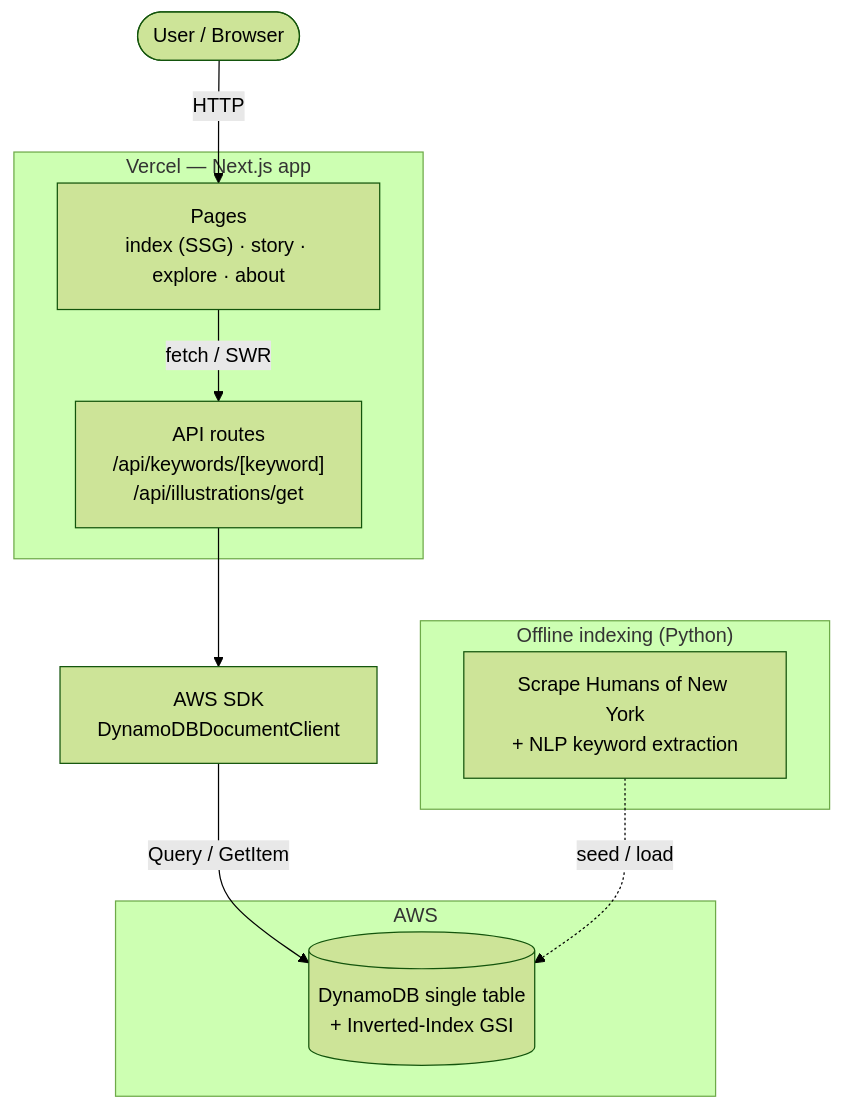
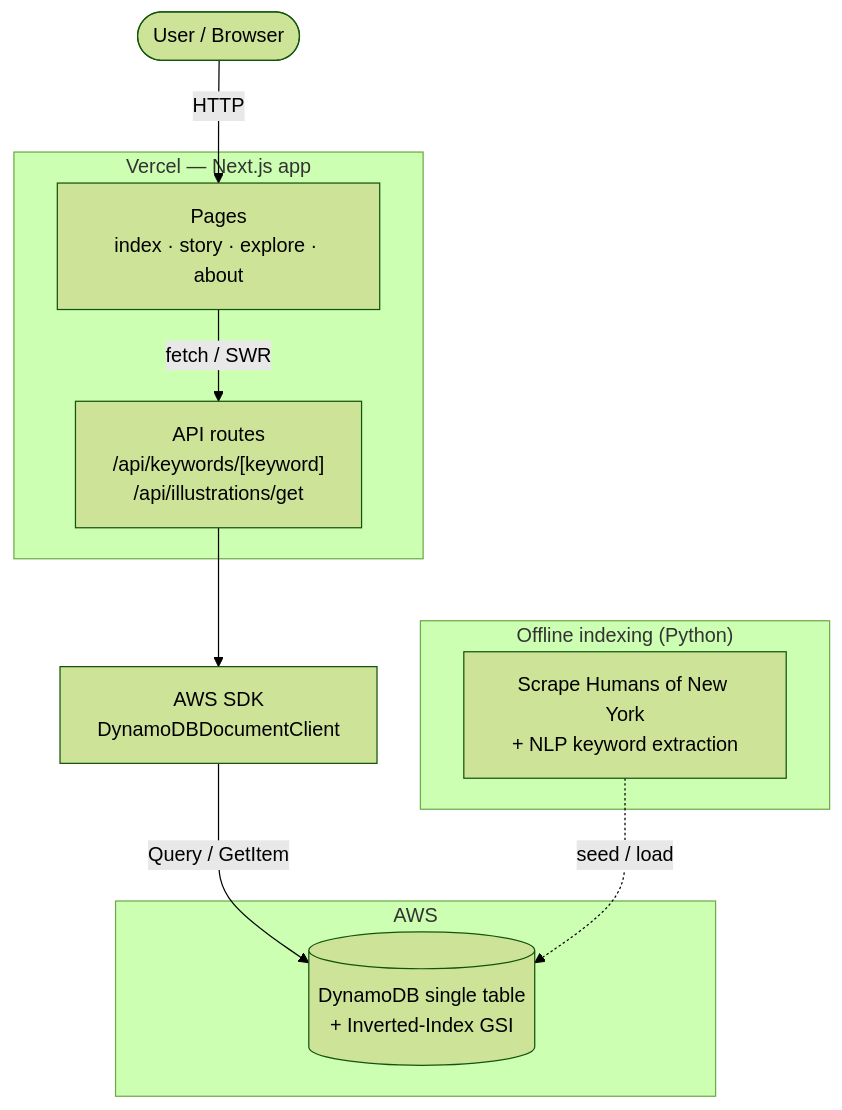
The diagram in README.md (BradBissell/Convey), drawn with Mermaid (forest theme) before and after one commit. The commit also changed other lines of this file and 17 other files, not shown here.

````diff
--- a/README.md
+++ b/README.md
@@ -19,25 +48,25 @@
 ```mermaid
 flowchart TD
     User([User / Browser])
 
     subgraph Vercel["Vercel — Next.js app"]
-        Pages["Pages<br/>index (SSG) · story · explore · about"]
+        Pages["Pages<br/>index · story · explore · about"]
         API["API routes<br/>/api/keywords/[keyword]<br/>/api/illustrations/get"]
     end
 
     SDK["AWS SDK<br/>DynamoDBDocumentClient"]
 
     subgraph AWS["AWS"]
         DDB[("DynamoDB single table<br/>+ Inverted-Index GSI")]
     end
 
     subgraph Offline["Offline indexing (Python)"]
         Scrape["Scrape Humans of New York<br/>+ NLP keyword extraction"]
     end
 
     User -->|HTTP| Pages
     Pages -->|fetch / SWR| API
     API --> SDK
     SDK -->|Query / GetItem| DDB
     Scrape -. seed / load .-> DDB
 ```
````
